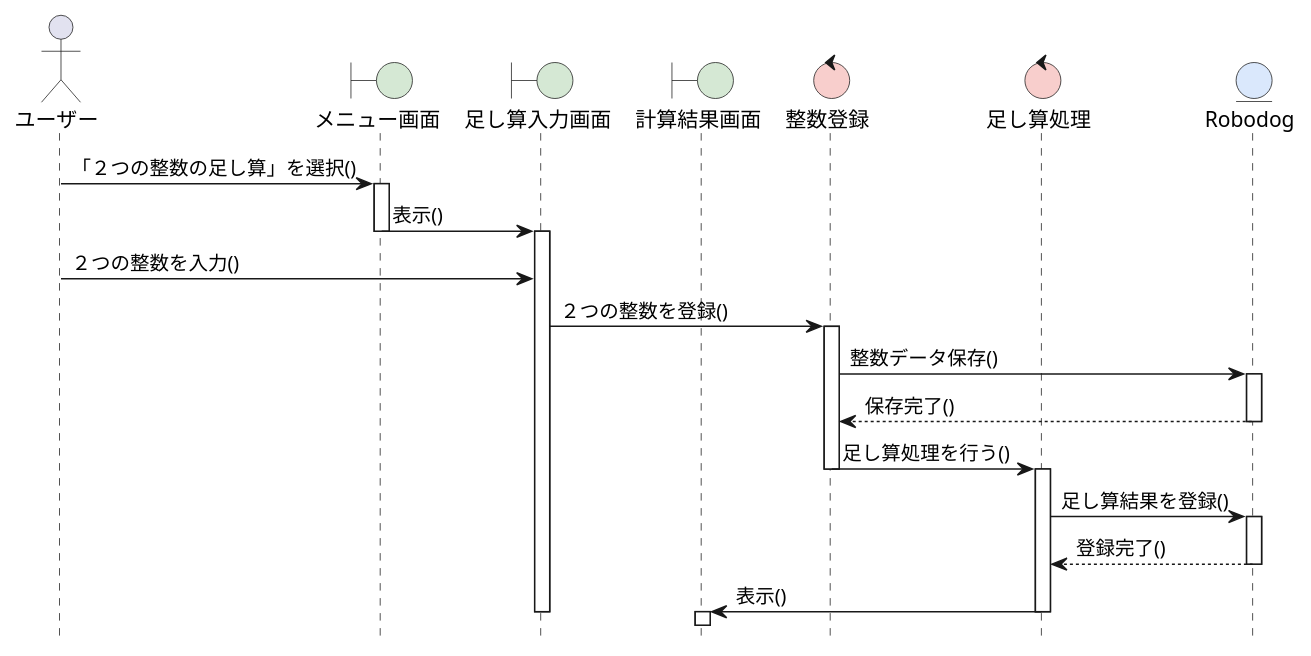
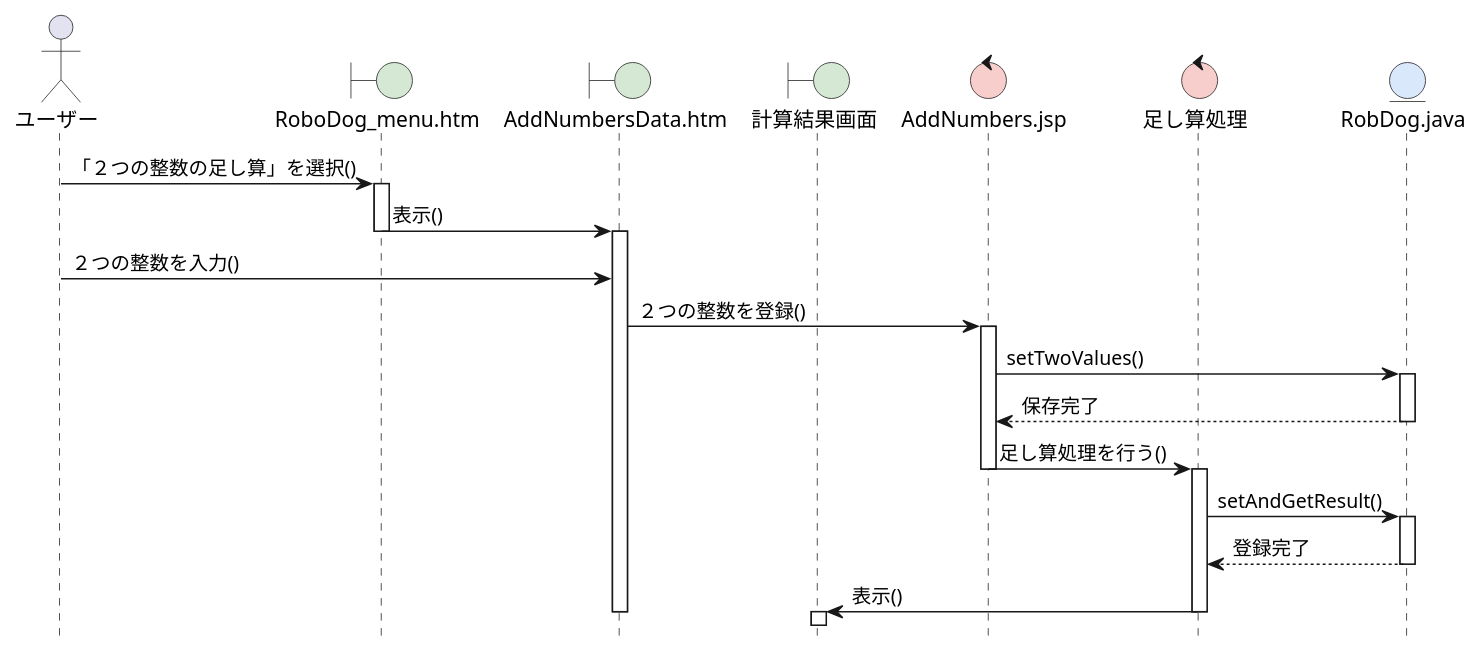
The diagram in 9月16日_資料/06_robo_dog/sequence_03_addition.pu (Haruka-ui/ohara_uml), drawn with PlantUML before and after one commit. The commit also changed 47 other files, not shown here.

```diff
--- a/9月16日_資料/06_robo_dog/sequence_03_addition.pu
+++ b/9月16日_資料/06_robo_dog/sequence_03_addition.pu
@@ -1,44 +1,44 @@
 @startuml RoboDog-２つの整数の足し算シーケンス図
 hide footbox
 skinparam boundaryBackgroundColor #D5E8D4
 skinparam controlBackgroundColor  #F8CECC
 skinparam entityBackgroundColor   #DAE8FC
 
 actor ユーザー as A
-boundary メニュー画面 as B1
-boundary 足し算入力画面 as B2
+boundary "RoboDog_menu.htm" as B1
+boundary "AddNumbersData.htm" as B2
 boundary 計算結果画面 as B3
-control 整数登録 as C1
+control "AddNumbers.jsp" as C1
 control 足し算処理 as C2
-entity Robodog as E
+entity "RobDog.java" as E
 
 A -> B1: 「２つの整数の足し算」を選択()
 activate B1
-
+ 
 B1 -> B2: 表示()
 deactivate B1
 activate B2
-
+ 
 A -> B2: ２つの整数を入力()
-
+ 
 B2 -> C1: ２つの整数を登録()
 activate C1
-C1 -> E: 整数データ保存()
+C1 -> E: setTwoValues()
 activate E
-E --> C1: 保存完了()
+E --> C1: 保存完了
 deactivate E
-
+ 
 C1 -> C2: 足し算処理を行う()
 deactivate C1
 activate C2
-C2 -> E: 足し算結果を登録()
+C2 -> E: setAndGetResult()
 activate E
-E --> C2: 登録完了()
+E --> C2: 登録完了
 deactivate E
-
+ 
 C2 -> B3: 表示()
 deactivate C2
 deactivate B2
 activate B3
-
+ 
 @enduml
```
